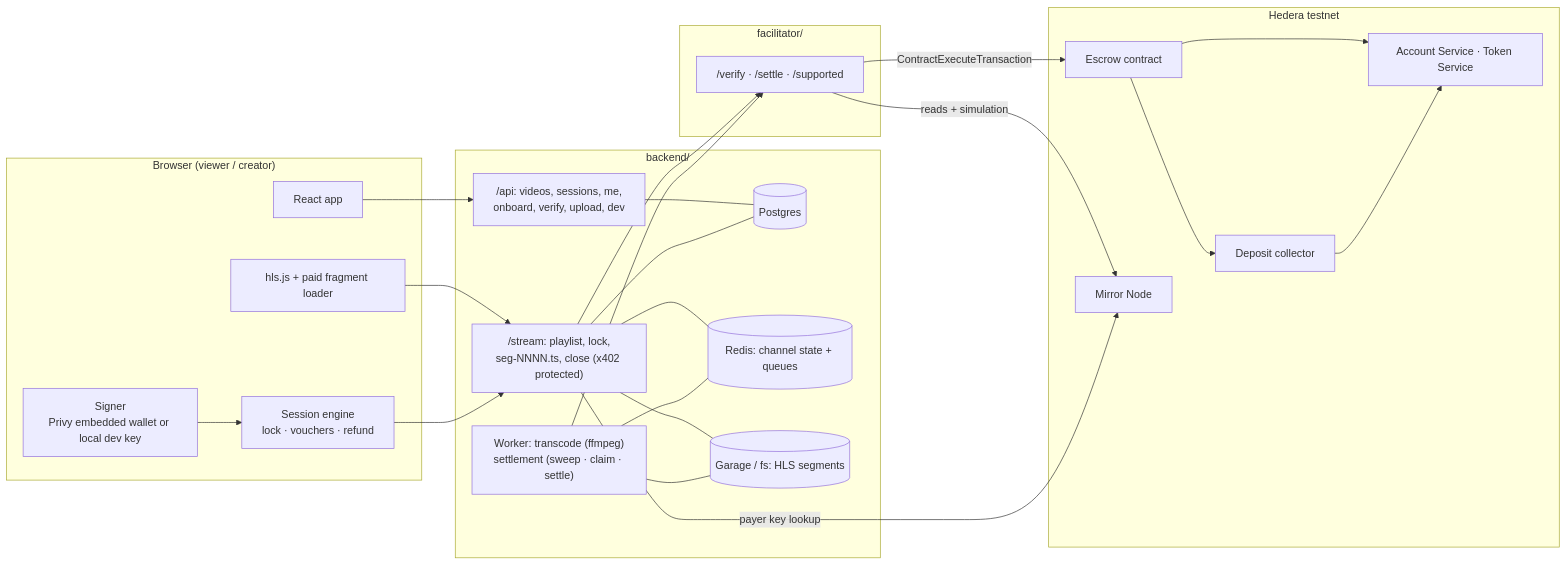
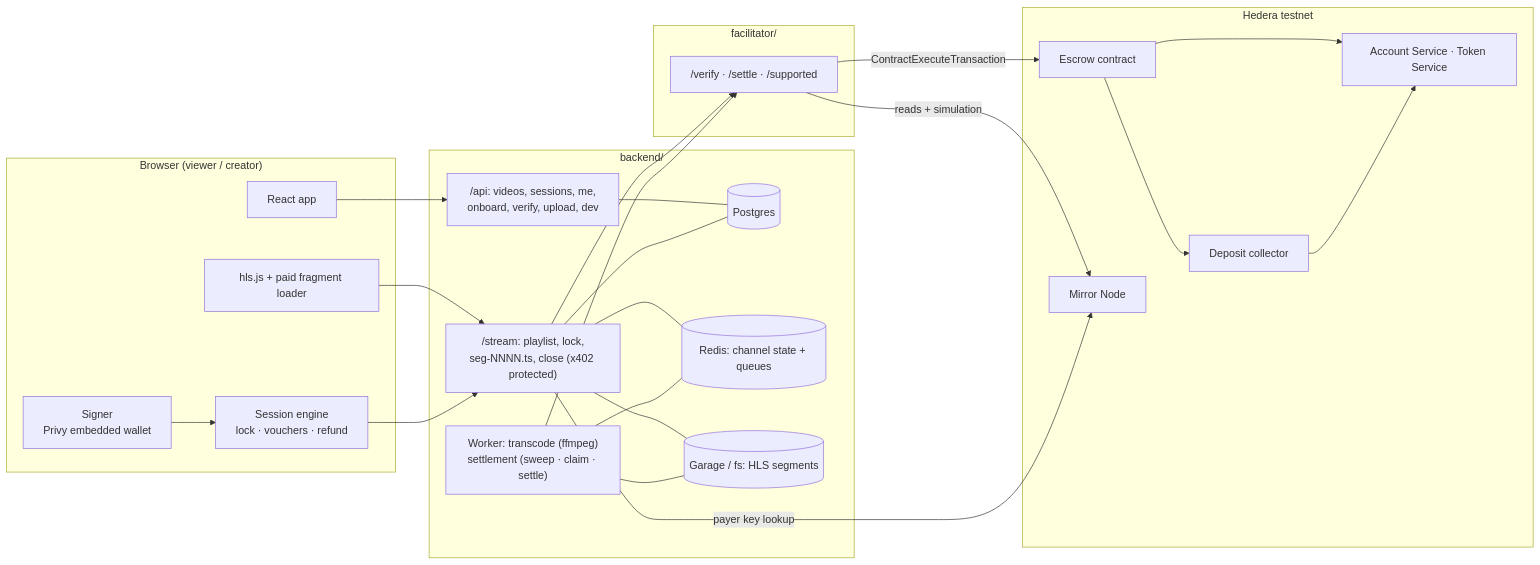
Before and after one commit to oemerfurkan/HederaTube: the first of 2 diagrams in README.md, drawn with Mermaid. The commit also changed other lines of this file and 4 other files, not shown here.

````diff
--- a/README.md
+++ b/README.md
@@ -68,45 +100,45 @@
 ```mermaid
 flowchart LR
     subgraph Browser["Browser (viewer / creator)"]
         UI["React app"]
         ENG["Session engine<br/>lock · vouchers · refund"]
         HLS["hls.js + paid fragment loader"]
-        SIG["Signer<br/>Privy embedded wallet or local dev key"]
+        SIG["Signer<br/>Privy embedded wallet"]
     end
     subgraph Server["backend/"]
         API["/api: videos, sessions, me,<br/>onboard, verify, upload, dev"]
         STREAM["/stream: playlist, lock,<br/>seg-NNNN.ts, close (x402 protected)"]
         WORKER["Worker: transcode (ffmpeg)<br/>settlement (sweep · claim · settle)"]
         PG[("Postgres")]
         RD[("Redis: channel state + queues")]
         S3[("Garage / fs: HLS segments")]
     end
     subgraph Fac["facilitator/"]
         F["/verify · /settle · /supported"]
     end
     subgraph Hedera["Hedera testnet"]
         ESC["Escrow contract"]
         COL["Deposit collector"]
         SYS["Account Service · Token Service"]
         MN["Mirror Node"]
     end
 
     UI --> API
     HLS --> STREAM
     ENG --> STREAM
     SIG --> ENG
     STREAM --> F
     WORKER --> F
     API --- PG
     STREAM --- PG
     STREAM --- RD
     WORKER --- RD
     STREAM --- S3
     WORKER --- S3
     F -- "ContractExecuteTransaction" --> ESC
     F -- "reads + simulation" --> MN
     STREAM -- "payer key lookup" --> MN
     ESC --> COL
     ESC --> SYS
     COL --> SYS
 ```
````
